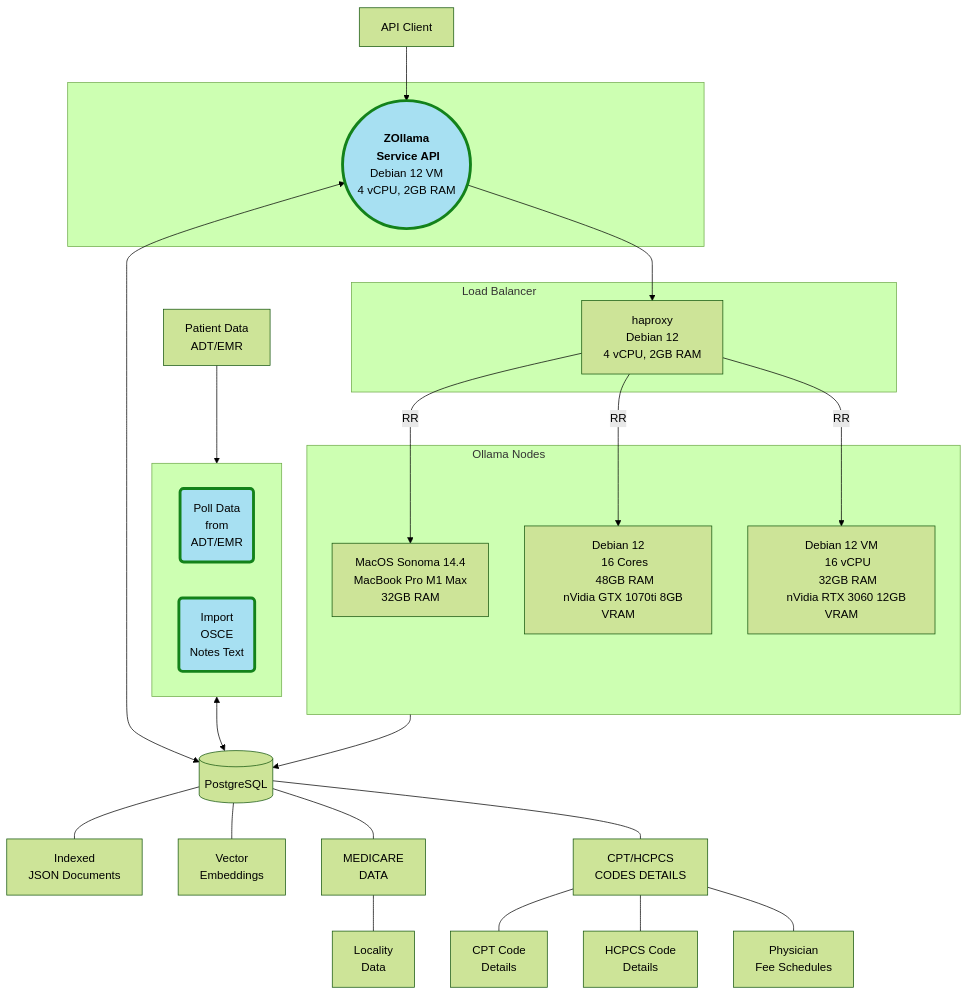
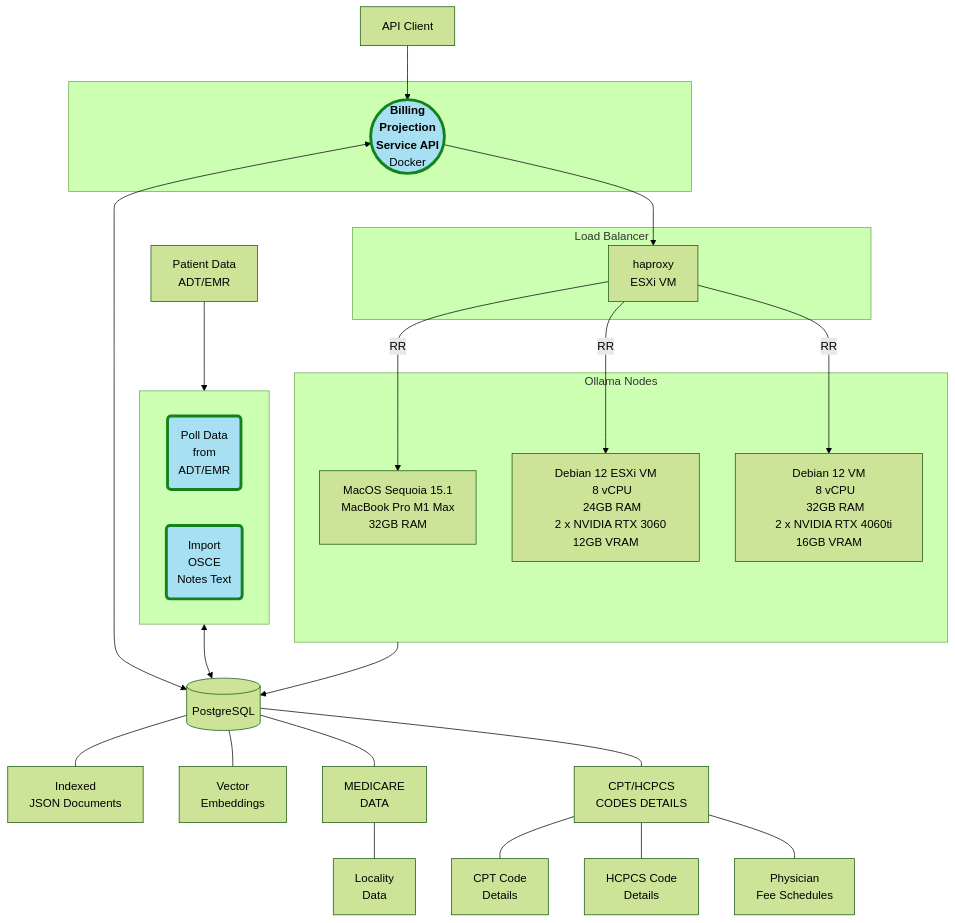
Before and after one commit to ovaisq/LLM-MedBillingForecast: the first of 4 diagrams in README.md, drawn with Mermaid. The commit also changed other lines of this file, not shown here.

Commit message:
diagram updates

````diff
--- a/README.md
+++ b/README.md
@@ -4,71 +4,70 @@
 ```mermaid
 %%{init: {'theme': 'forest'}}%%
 graph TD;
   style ZZ fill:#a7e0f2,stroke:#13821a,stroke-width:4px
   style DataPoll fill:#a7e0f2,stroke:#13821a,stroke-width:4px
   style Import fill:#a7e0f2,stroke:#13821a,stroke-width:4px
   Client["API Client"]
   PatientData["Patient Data
   ADT/EMR"]
   PSQL[("PostgreSQL")]
   subgraph DP[ ]
   DataPoll("Poll Data
   from
   ADT/EMR")
   Import("Import
   OSCE
   Notes Text")
   end
   subgraph Zollama[ ]
-    ZZ(("`**ZOllama
-    &nbsp&nbsp&nbsp&nbspService&nbspAPI**`"&nbsp&nbsp&nbsp
-    Debian 12 VM
-    &nbsp&nbsp&nbsp4 vCPU, 2GB RAM&nbsp&nbsp&nbsp ))
+    ZZ(("`**Billing 
+    Projection
+    Service API**`"
+    Docker ))
   end
-  subgraph Load_Balancer["Load Balancer"&nbsp&nbsp&nbsp&nbsp&nbsp&nbsp&nbsp&nbsp&nbsp&nbsp&nbsp&nbsp&nbsp&nbsp&nbsp&nbsp&nbsp&nbsp&nbsp&nbsp&nbsp&nbsp&nbsp&nbsp&nbsp&nbsp&nbsp&nbsp&nbsp&nbsp&nbsp&nbsp&nbsp&nbsp&nbsp&nbsp&nbsp&nbsp&nbsp&nbsp&nbsp&nbsp&nbsp&nbsp&nbsp&nbsp&nbsp&nbsp&nbsp&nbsp&nbsp&nbsp&nbsp&nbsp&nbsp&nbsp&nbsp&nbsp&nbsp&nbsp&nbsp&nbsp&nbsp&nbsp&nbsp&nbsp&nbsp&nbsp&nbsp&nbsp&nbsp&nbsp&nbsp&nbsp&nbsp&nbsp&nbsp&nbsp]
+  subgraph Load_Balancer["Load Balancer"]
     Nginx["haproxy
-    Debian 12
-    4 vCPU, 2GB RAM"]
+    ESXi VM"]
   end
   
-  subgraph Nodes["Ollama Nodes"&nbsp&nbsp&nbsp&nbsp&nbsp&nbsp&nbsp&nbsp&nbsp&nbsp&nbsp&nbsp&nbsp&nbsp&nbsp&nbsp&nbsp&nbsp&nbsp&nbsp&nbsp&nbsp&nbsp&nbsp&nbsp&nbsp&nbsp&nbsp&nbsp&nbsp&nbsp&nbsp&nbsp&nbsp&nbsp&nbsp&nbsp&nbsp&nbsp&nbsp&nbsp&nbsp&nbsp&nbsp&nbsp&nbsp&nbsp&nbsp&nbsp&nbsp&nbsp&nbsp&nbsp&nbsp&nbsp&nbsp&nbsp&nbsp&nbsp&nbsp&nbsp&nbsp&nbsp&nbsp&nbsp&nbsp&nbsp&nbsp&nbsp&nbsp&nbsp&nbsp&nbsp&nbsp&nbsp&nbsp&nbsp&nbsp]
-    Node1[MacOS Sonoma 14.4
+  subgraph Nodes["Ollama Nodes"]
+    Node1[MacOS Sequoia 15.1
     MacBook Pro M1 Max
     32GB RAM]
-    Node2[Debian 12
-    16 Cores
-    48GB RAM
-    nVidia GTX 1070ti 8GB VRAM]
+    Node2[Debian 12 ESXi VM
+    8 vCPU
+    24GB RAM
+    2 x NVIDIA RTX 3060 12GB VRAM]
     Node3[Debian 12 VM
-    16 vCPU
+    8 vCPU
     32GB RAM
-    nVidia RTX 3060 12GB VRAM]
+    2 x NVIDIA RTX 4060ti 16GB VRAM]
   end
   
   Nginx -- RR --> Node1
   Nginx -- RR --> Node2
   Nginx -- RR --> Node3
   ZZ --> Nginx
   PatientData --> DP <--> PSQL
   Client --> ZZ
   Nodes --> PSQL
   ZZ <--> PSQL
   PSQL --- JSONB["
   Indexed
   JSON Documents"]
   PSQL --- VECTOR["Vector 
   Embeddings"]
   PSQL --- M["MEDICARE
   DATA"]
   PSQL --- C["CPT/HCPCS
   CODES DETAILS"]
   M --- N["Locality
   Data"]
   C --- CPT["CPT Code
   Details"]
   C --- HCPCS["HCPCS Code
   Details"]
   C --- P["Physician
   Fee Schedules"]
 
 ```
````
